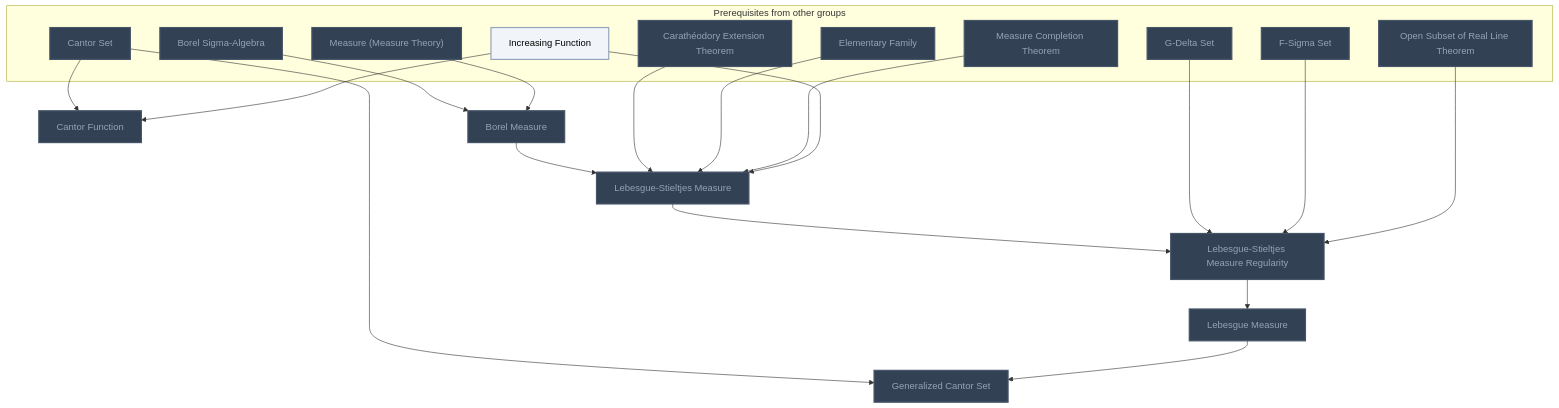
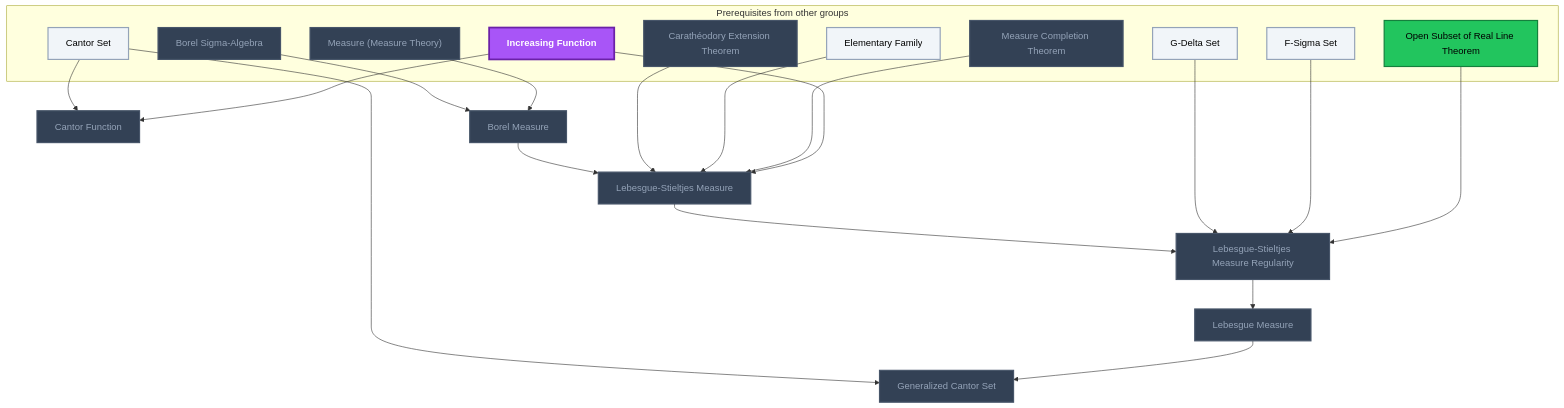
Before and after one commit to MRauf1/My-Notes: diagram 11 of 13 in Gamification/Skill Trees/Measure Theory.md, drawn with Mermaid. The commit also changed other lines of this file and 145 other files, not shown here.

````diff
--- a/Gamification/Skill Trees/Measure Theory.md
+++ b/Gamification/Skill Trees/Measure Theory.md
@@ -403,49 +411,51 @@
 ```mermaid
 flowchart TD
     classDef planned fill:#1E293B,stroke:#64748B,stroke-width:2px,stroke-dasharray:5 5,color:#94A3B8;
     classDef locked fill:#334155,stroke:#475569,stroke-width:2px,color:#94A3B8;
     classDef L0 fill:#F1F5F9,stroke:#94A3B8,stroke-width:2px,color:#000000;
     classDef L1 fill:#22C55E,stroke:#15803D,stroke-width:2px,color:#000000;
     classDef L2 fill:#3B82F6,stroke:#1D4ED8,stroke-width:3px,color:#FFFFFF;
     classDef L3 fill:#A855F7,stroke:#6B21A8,stroke-width:3px,color:#FFFFFF,font-weight:bold;
     classDef L4 fill:#F97316,stroke:#C2410C,stroke-width:4px,color:#000000,font-weight:bold;
     classDef L5 fill:#FFD700,stroke:#FF8C00,stroke-width:5px,color:#000000,font-weight:bold;
     classDef rusty stroke:#8B4513,stroke-width:4px,stroke-dasharray:3 3;
     subgraph sg_prereqs["Prerequisites from other groups"]
         n_carath_odory_extension_theorem["Carathéodory Extension Theorem"]
         n_elementary_family["Elementary Family"]
         n_measure_completion_theorem["Measure Completion Theorem"]
         n_increasing_function["Increasing Function"]
         n_g_delta_set["G-Delta Set"]
         n_f_sigma_set["F-Sigma Set"]
         n_open_subset_of_real_line_theorem["Open Subset of Real Line Theorem"]
         n_cantor_set["Cantor Set"]
         n_borel_sigma_algebra["Borel Sigma-Algebra"]
         n_measure_measure_theory["Measure (Measure Theory)"]
     end
     n_lebesgue_stieltjes_measure["Lebesgue-Stieltjes Measure"]
     n_lebesgue_stieltjes_measure_regularity["Lebesgue-Stieltjes Measure Regularity"]
     n_cantor_function["Cantor Function"]
     n_generalized_cantor_set["Generalized Cantor Set"]
     n_borel_measure["Borel Measure"]
     n_lebesgue_measure["Lebesgue Measure"]
     n_borel_measure --> n_lebesgue_stieltjes_measure
     n_carath_odory_extension_theorem --> n_lebesgue_stieltjes_measure
     n_elementary_family --> n_lebesgue_stieltjes_measure
     n_measure_completion_theorem --> n_lebesgue_stieltjes_measure
     n_increasing_function --> n_lebesgue_stieltjes_measure
     n_lebesgue_stieltjes_measure --> n_lebesgue_stieltjes_measure_regularity
     n_g_delta_set --> n_lebesgue_stieltjes_measure_regularity
     n_f_sigma_set --> n_lebesgue_stieltjes_measure_regularity
     n_open_subset_of_real_line_theorem --> n_lebesgue_stieltjes_measure_regularity
     n_cantor_set --> n_cantor_function
     n_increasing_function --> n_cantor_function
     n_cantor_set --> n_generalized_cantor_set
     n_lebesgue_measure --> n_generalized_cantor_set
     n_borel_sigma_algebra --> n_borel_measure
     n_measure_measure_theory --> n_borel_measure
     n_lebesgue_stieltjes_measure_regularity --> n_lebesgue_measure
-    class n_carath_odory_extension_theorem,n_elementary_family,n_measure_completion_theorem,n_g_delta_set,n_f_sigma_set,n_open_subset_of_real_line_theorem,n_cantor_set,n_borel_sigma_algebra,n_measure_measure_theory,n_lebesgue_stieltjes_measure,n_lebesgue_stieltjes_measure_regularity,n_cantor_function,n_generalized_cantor_set,n_borel_measure,n_lebesgue_measure locked;
-    class n_increasing_function L0;
+    class n_carath_odory_extension_theorem,n_measure_completion_theorem,n_borel_sigma_algebra,n_measure_measure_theory,n_lebesgue_stieltjes_measure,n_lebesgue_stieltjes_measure_regularity,n_cantor_function,n_generalized_cantor_set,n_borel_measure,n_lebesgue_measure locked;
+    class n_elementary_family,n_g_delta_set,n_f_sigma_set,n_cantor_set L0;
+    class n_open_subset_of_real_line_theorem L1;
+    class n_increasing_function L3;
     class n_carath_odory_extension_theorem,n_elementary_family,n_measure_completion_theorem,n_increasing_function,n_g_delta_set,n_f_sigma_set,n_open_subset_of_real_line_theorem,n_cantor_set,n_borel_sigma_algebra,n_measure_measure_theory,n_lebesgue_stieltjes_measure,n_lebesgue_stieltjes_measure_regularity,n_cantor_function,n_generalized_cantor_set,n_borel_measure,n_lebesgue_measure internal-link;
 ```
````
